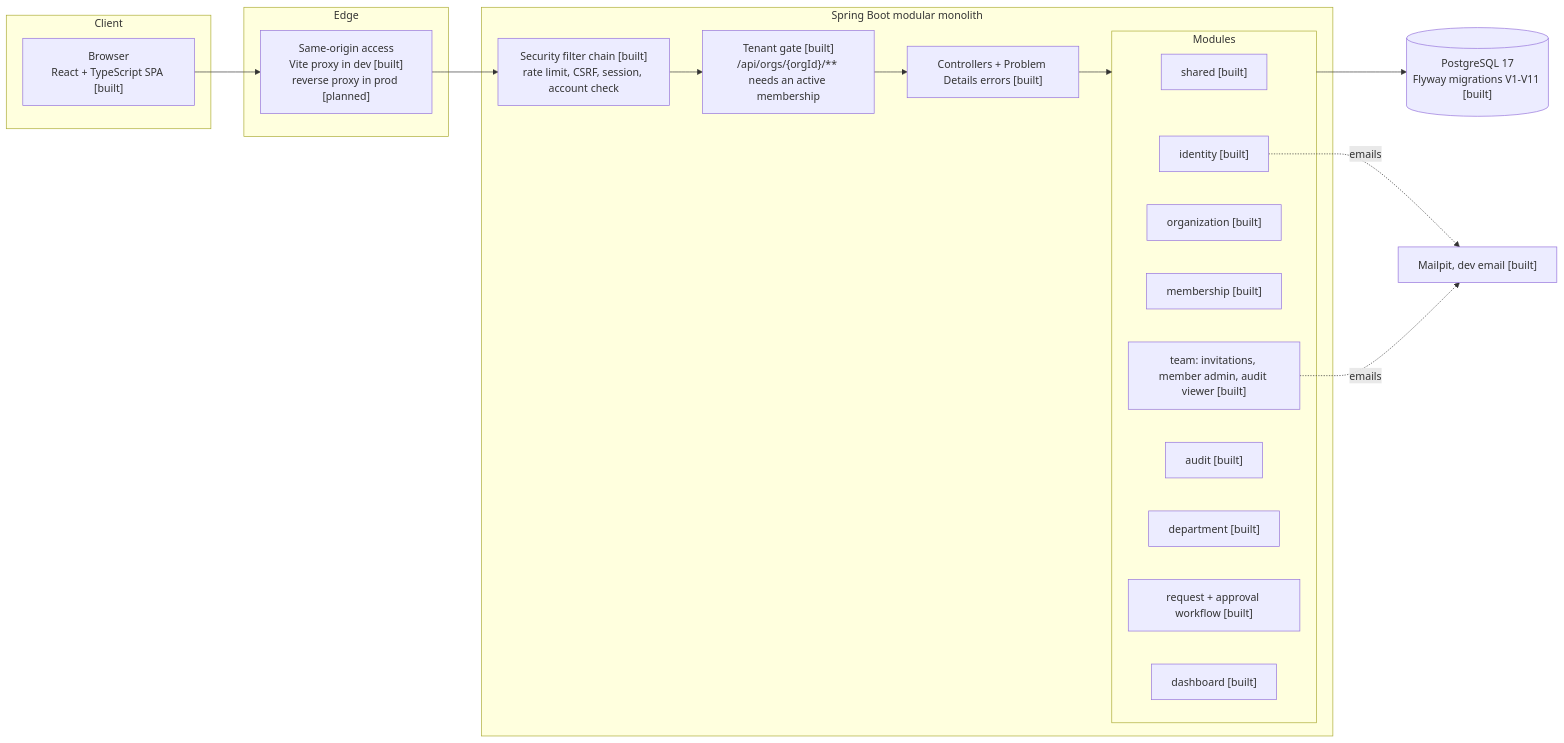
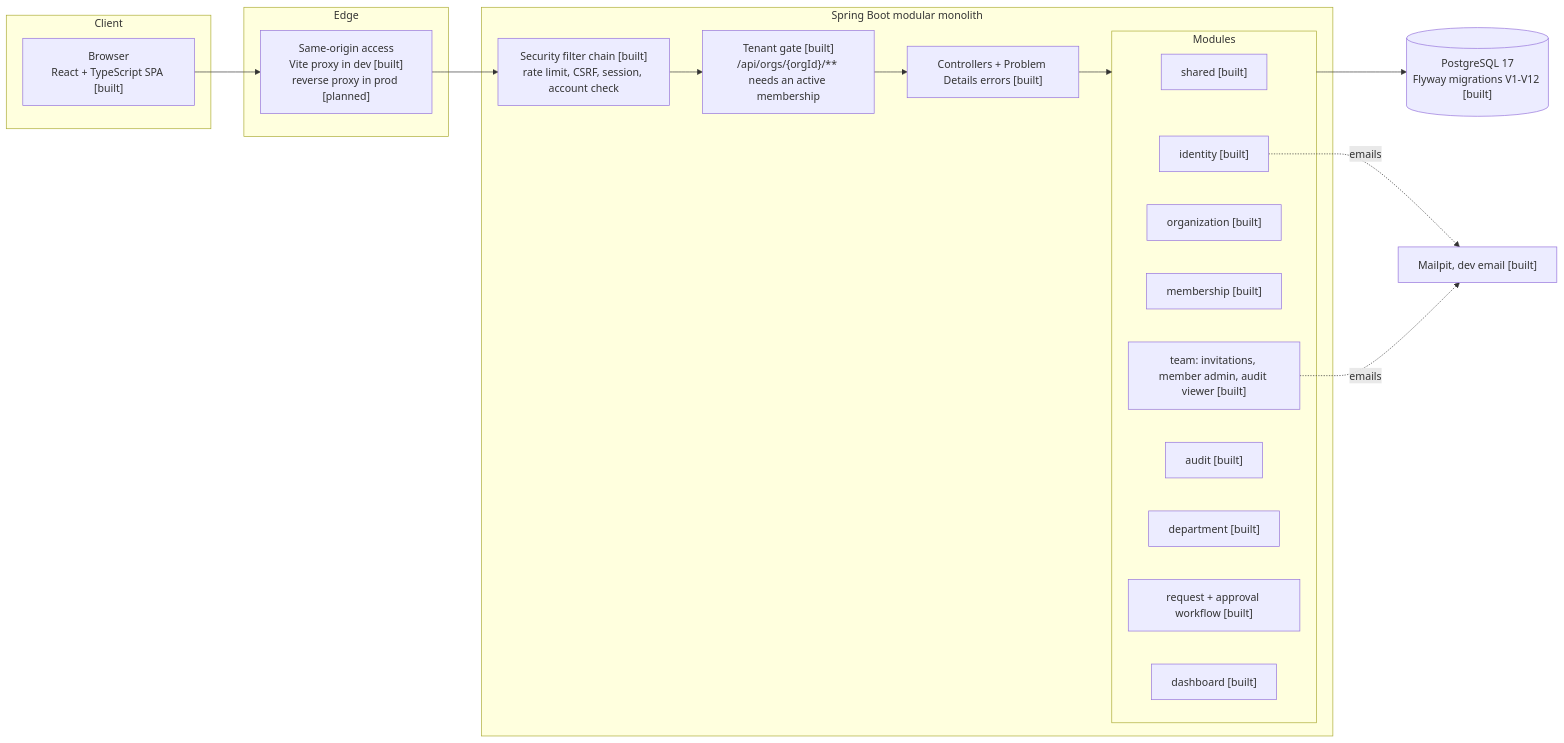
Before and after one commit to youssef-naj/nexus: the first of 2 diagrams in docs/architecture.md, drawn with Mermaid. The commit also changed other lines of this file and 51 other files, not shown here.

````diff
--- a/docs/architecture.md
+++ b/docs/architecture.md
@@ -9,32 +9,32 @@
 ```mermaid
 flowchart LR
   subgraph Client
     B["Browser<br/>React + TypeScript SPA [built]"]
   end
   subgraph Edge
     P["Same-origin access<br/>Vite proxy in dev [built]<br/>reverse proxy in prod [planned]"]
   end
   subgraph App["Spring Boot modular monolith"]
     SEC["Security filter chain [built]<br/>rate limit, CSRF, session, account check"]
     GATE["Tenant gate [built]<br/>/api/orgs/{orgId}/** needs an active membership"]
     API["Controllers + Problem Details errors [built]"]
     subgraph Modules
       SH["shared [built]"]
       ID["identity [built]"]
       ORG["organization [built]"]
       MEM["membership [built]"]
       TEAM["team: invitations, member admin, audit viewer [built]"]
       AUD["audit [built]"]
       DEP["department [built]"]
       REQ["request + approval workflow [built]"]
       DASH["dashboard [built]"]
     end
   end
-  DB[("PostgreSQL 17<br/>Flyway migrations V1-V11 [built]")]
+  DB[("PostgreSQL 17<br/>Flyway migrations V1-V12 [built]")]
   MAIL["Mailpit, dev email [built]"]
 
   B --> P --> SEC --> GATE --> API --> Modules
   Modules --> DB
   ID -. emails .-> MAIL
   TEAM -. emails .-> MAIL
 ```
````
